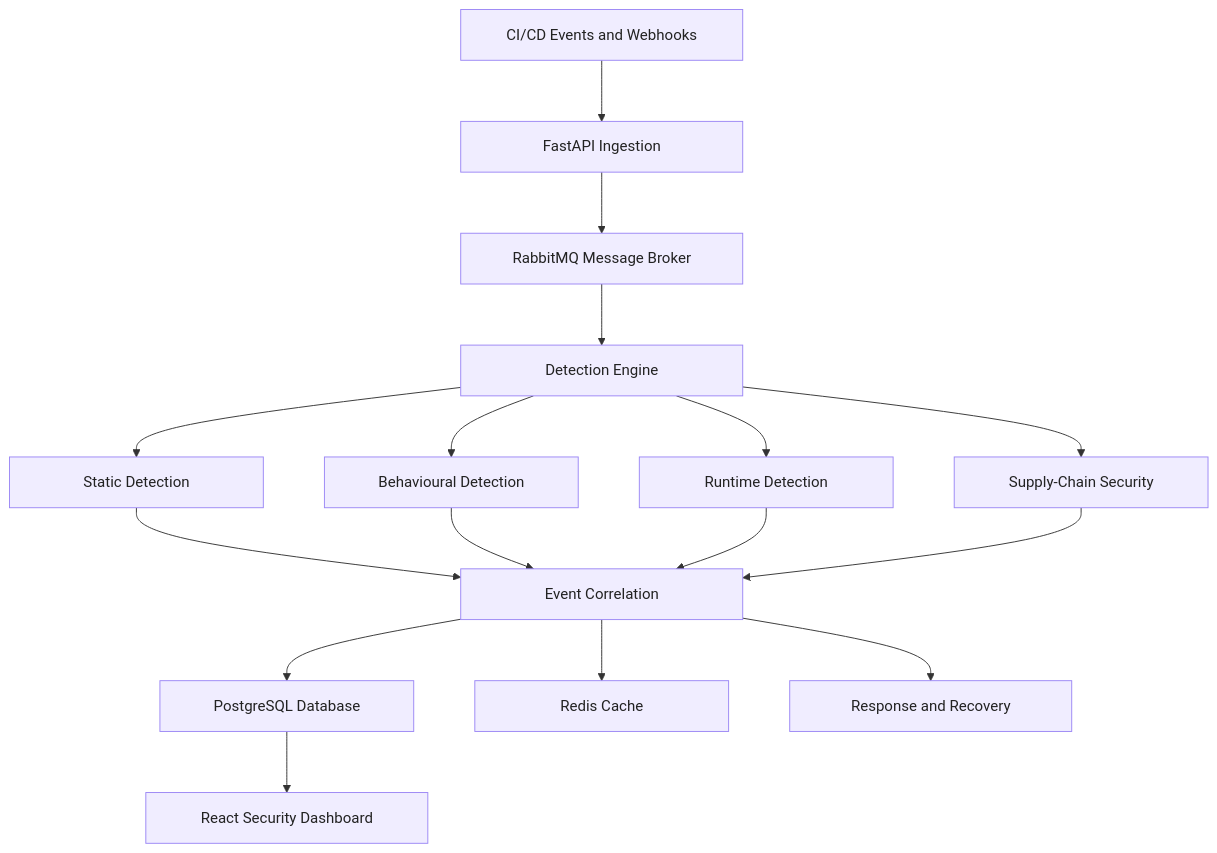
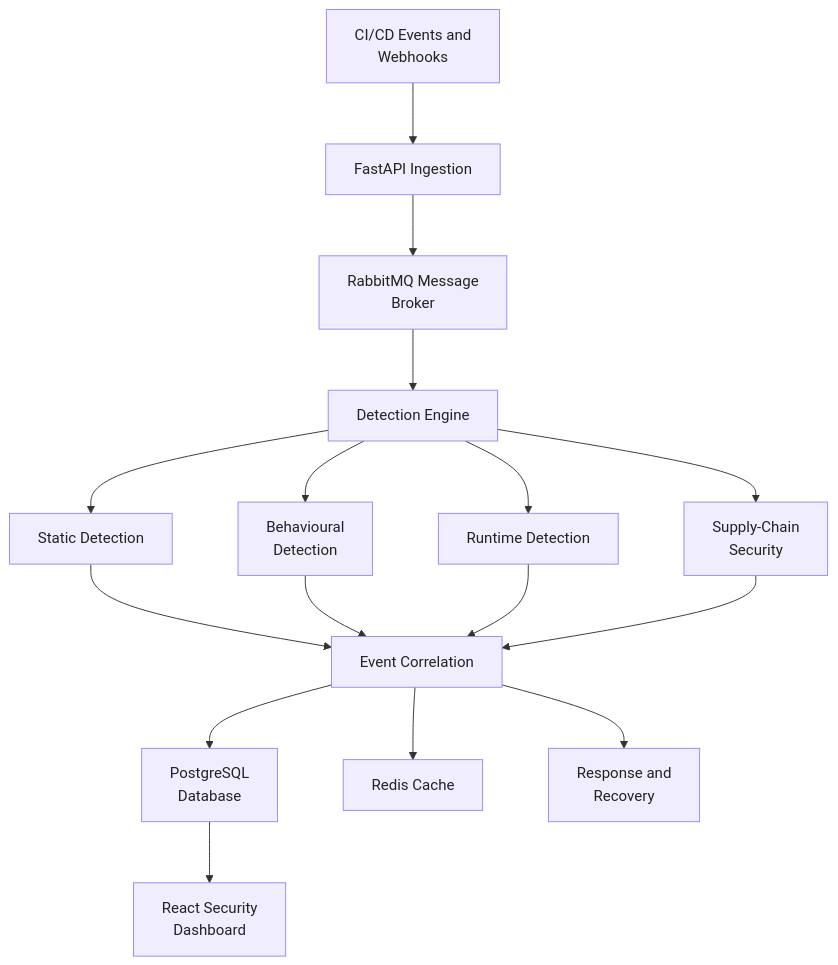
The diagram in README.md (Hp-132/PipelineSentry-DevSecOps), drawn with Mermaid before and after one commit.

````diff
--- a/README.md
+++ b/README.md
@@ -26,26 +26,26 @@
 ```mermaid
-%%{init: {"flowchart": {"htmlLabels": true, "nodeSpacing": 65, "rankSpacing": 65, "useMaxWidth": false}, "themeVariables": {"fontSize": "16px"}}}%%
+%%{init: {"flowchart": {"nodeSpacing": 70, "rankSpacing": 65, "useMaxWidth": true}, "themeVariables": {"fontSize": "16px"}}}%%
 flowchart TD
-    A["<div style='width:240px'>CI/CD Events and Webhooks</div>"] --> B["<div style='width:240px'>FastAPI Ingestion</div>"]
-    B --> C["<div style='width:240px'>RabbitMQ Message Broker</div>"]
-    C --> D["<div style='width:240px'>Detection Engine</div>"]
+    A["CI/CD Events and<br/>Webhooks"] --> B["FastAPI Ingestion"]
+    B --> C["RabbitMQ Message<br/>Broker"]
+    C --> D["Detection Engine"]
 
-    D --> E["<div style='width:210px'>Static Detection</div>"]
-    D --> F["<div style='width:210px'>Behavioural Detection</div>"]
-    D --> G["<div style='width:210px'>Runtime Detection</div>"]
-    D --> H["<div style='width:210px'>Supply-Chain Security</div>"]
+    D --> E["Static Detection"]
+    D --> F["Behavioural<br/>Detection"]
+    D --> G["Runtime Detection"]
+    D --> H["Supply-Chain<br/>Security"]
 
-    E --> I["<div style='width:240px'>Event Correlation</div>"]
+    E --> I["Event Correlation"]
     F --> I
     G --> I
     H --> I
 
-    I --> J["<div style='width:210px'>PostgreSQL Database</div>"]
-    I --> K["<div style='width:210px'>Redis Cache</div>"]
-    I --> L["<div style='width:240px'>Response and Recovery</div>"]
+    I --> J["PostgreSQL<br/>Database"]
+    I --> K["Redis Cache"]
+    I --> L["Response and<br/>Recovery"]
 
-    J --> M["<div style='width:240px'>React Security Dashboard</div>"]
+    J --> M["React Security<br/>Dashboard"]
 
     classDef service fill:#f0edff,stroke:#9b87f5,color:#222,stroke-width:1px
     class A,B,C,D,E,F,G,H,I,J,K,L,M service
 ```
````
